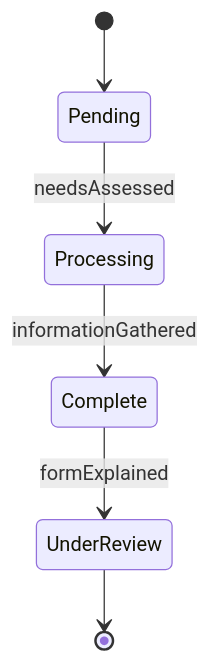
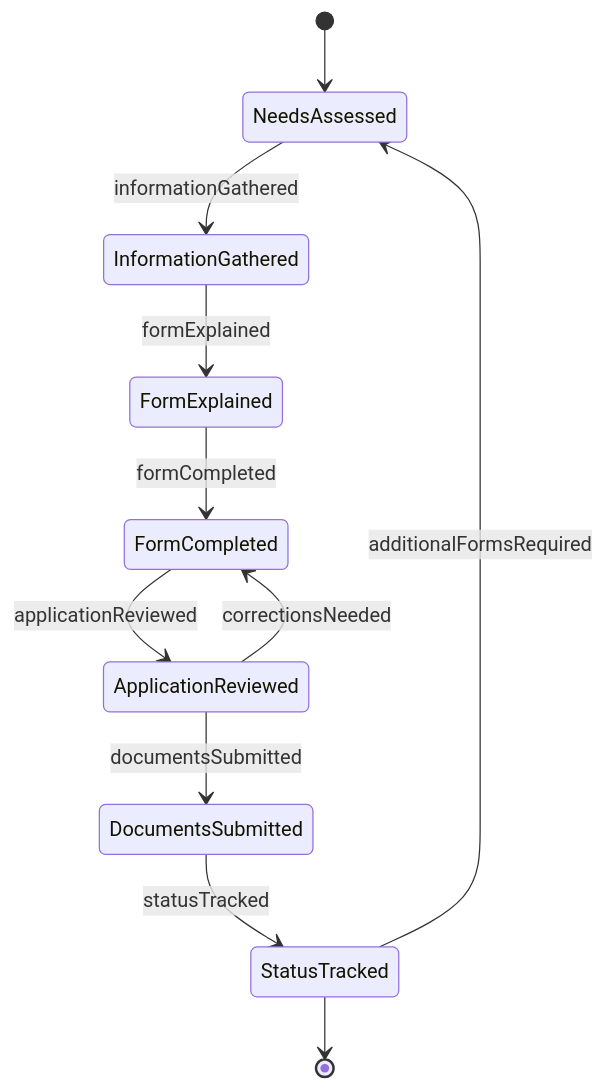
Before and after one commit to dot-org-ai/tasks.org.ai: the second of 4 diagrams in AssistingAndCaringForOthers/AssistIndividualsWithPaperwork/AssistIndividualsPaperwork.mdx, drawn with Mermaid. The commit also changed other lines of this file and 32 other files, not shown here.

First line of the commit message:
fix: Improve ER and State diagrams in 32 AssistingAndCaringForOthers DWA files

````diff
--- a/AssistingAndCaringForOthers/AssistIndividualsWithPaperwork/AssistIndividualsPaperwork.mdx
+++ b/AssistingAndCaringForOthers/AssistIndividualsWithPaperwork/AssistIndividualsPaperwork.mdx
@@ -99,8 +99,13 @@
 ```mermaid
 stateDiagram-v2
-    [*] --> Pending
-    Pending --> Processing : needsAssessed
-    Processing --> Complete : informationGathered
-    Complete --> UnderReview : formExplained
-    UnderReview --> [*]
+    [*] --> NeedsAssessed
+    NeedsAssessed --> InformationGathered : informationGathered
+    InformationGathered --> FormExplained : formExplained
+    FormExplained --> FormCompleted : formCompleted
+    FormCompleted --> ApplicationReviewed : applicationReviewed
+    ApplicationReviewed --> FormCompleted : correctionsNeeded
+    ApplicationReviewed --> DocumentsSubmitted : documentsSubmitted
+    DocumentsSubmitted --> StatusTracked : statusTracked
+    StatusTracked --> NeedsAssessed : additionalFormsRequired
+    StatusTracked --> [*]
 ```
````
